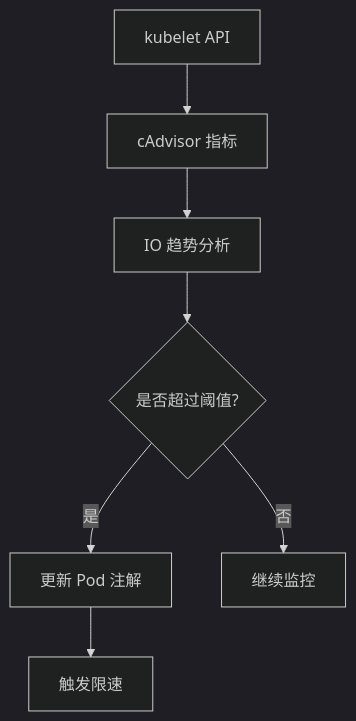
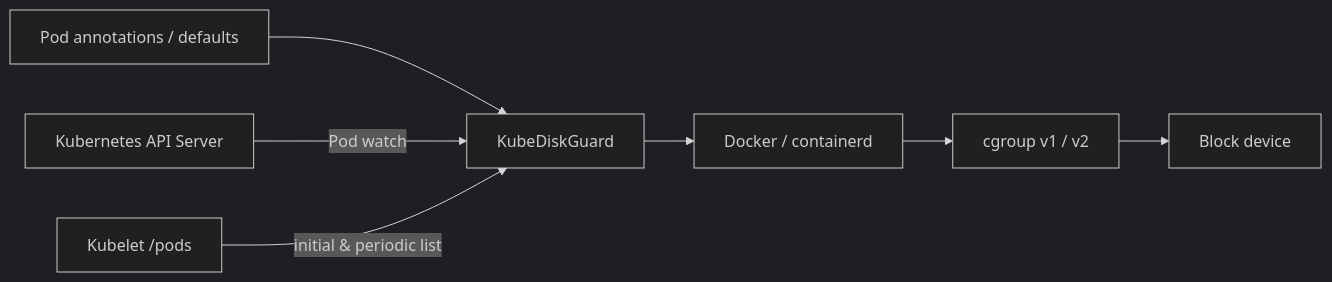
Before and after one commit to kbsonlong/KubeDiskGuard: the diagram in README.md, drawn with Mermaid (dark theme). The commit also changed other lines of this file and 17 other files, not shown here.

````diff
--- a/README.md
+++ b/README.md
@@ -75,9 +14,9 @@
 ```mermaid
-graph TD
-    A[kubelet API] --> B[cAdvisor 指标]
-    B --> C[IO 趋势分析]
-    C --> D{是否超过阈值?}
-    D -->|是| E[更新 Pod 注解]
-    E --> F[触发限速]
-    D -->|否| G[继续监控]
+flowchart LR
+    Policy[Pod annotations / defaults] --> Agent[KubeDiskGuard]
+    APIServer[Kubernetes API Server] -->|Pod watch| Agent
+    Kubelet[Kubelet /pods] -->|initial & periodic list| Agent
+    Agent --> Runtime[Docker / containerd]
+    Runtime --> Cgroup[cgroup v1 / v2]
+    Cgroup --> Disk[Block device]
 ```
````
